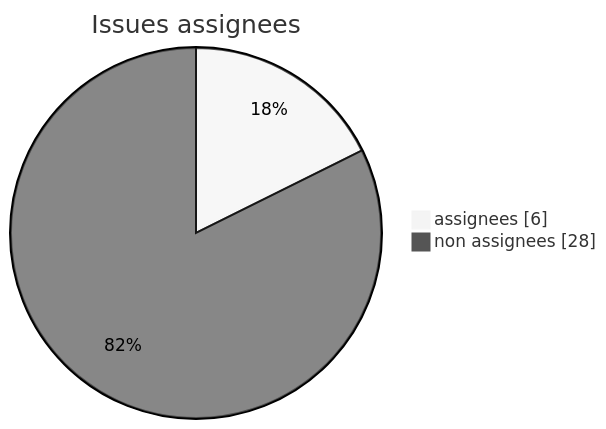
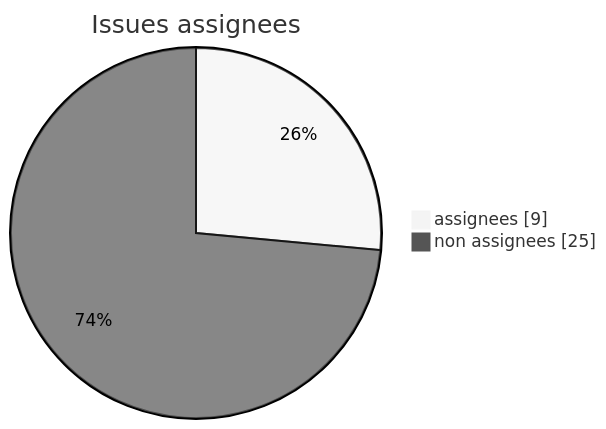
The first of 7 diagrams in modules/M42_projet-board-J02.md (Gooseppr/GevOps_LC), drawn with Mermaid (neutral theme) before and after one commit. The commit also changed other lines of this file, not shown here.

````diff
--- a/modules/M42_projet-board-J02.md
+++ b/modules/M42_projet-board-J02.md
@@ -30,6 +30,6 @@
 ```mermaid
 pie showData
     title Issues assignees
-    "assignees" : 6
-    "non assignees" : 28
+    "assignees" : 9
+    "non assignees" : 25
 ```
````
